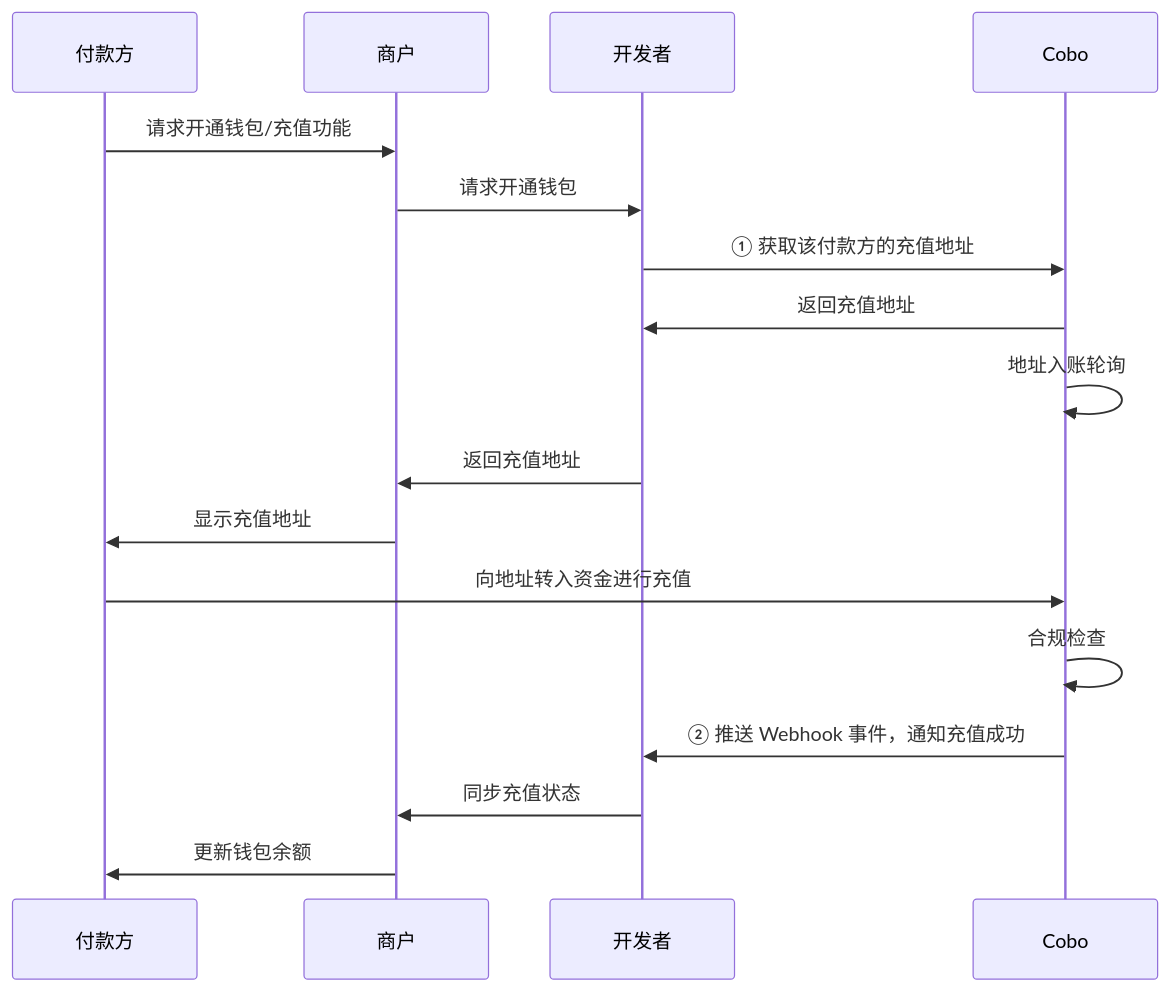
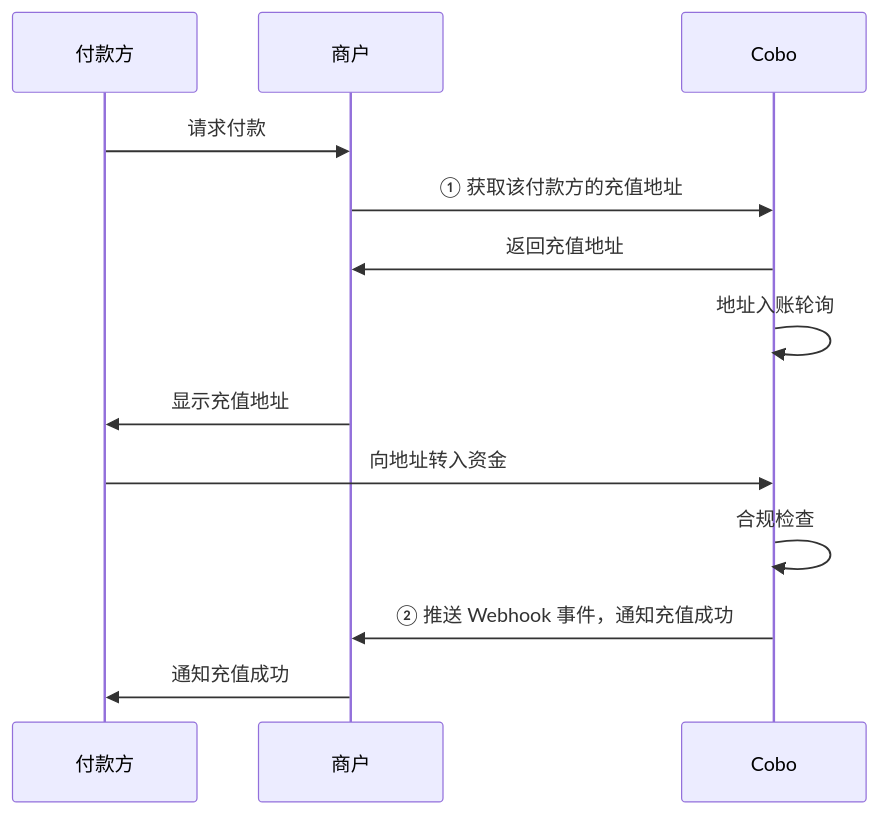
The diagram in v2_cn/payments/get-topup-addresses.mdx (rcsh1/developer-site), drawn with Mermaid before and after one commit. The commit also changed other lines of this file and 50 other files, not shown here.

````diff
--- a/v2_cn/payments/get-topup-addresses.mdx
+++ b/v2_cn/payments/get-topup-addresses.mdx
@@ -9,19 +11,15 @@
 ```mermaid
 sequenceDiagram
     participant 付款方
     participant 商户
-    participant 开发者
     participant Cobo
-    付款方 ->> 商户: 请求开通钱包/充值功能
-    商户 ->> 开发者: 请求开通钱包
-    开发者 ->> Cobo: ① 获取该付款方的充值地址
-    Cobo ->> 开发者: 返回充值地址
+    付款方 ->> 商户: 请求付款
+    商户 ->> Cobo: ① 获取该付款方的充值地址
+    Cobo ->> 商户: 返回充值地址
     Cobo ->> Cobo: 地址入账轮询
-    开发者 ->> 商户: 返回充值地址
     商户 ->> 付款方: 显示充值地址
-    付款方 ->> Cobo: 向地址转入资金进行充值
+    付款方 ->> Cobo: 向地址转入资金
     Cobo ->> Cobo: 合规检查
-    Cobo ->> 开发者: ② 推送 Webhook 事件，通知充值成功
-    开发者 ->> 商户: 同步充值状态
-    商户 ->> 付款方: 更新钱包余额
+    Cobo ->> 商户: ② 推送 Webhook 事件，通知充值成功
+    商户 ->> 付款方: 通知充值成功
 ```
````
